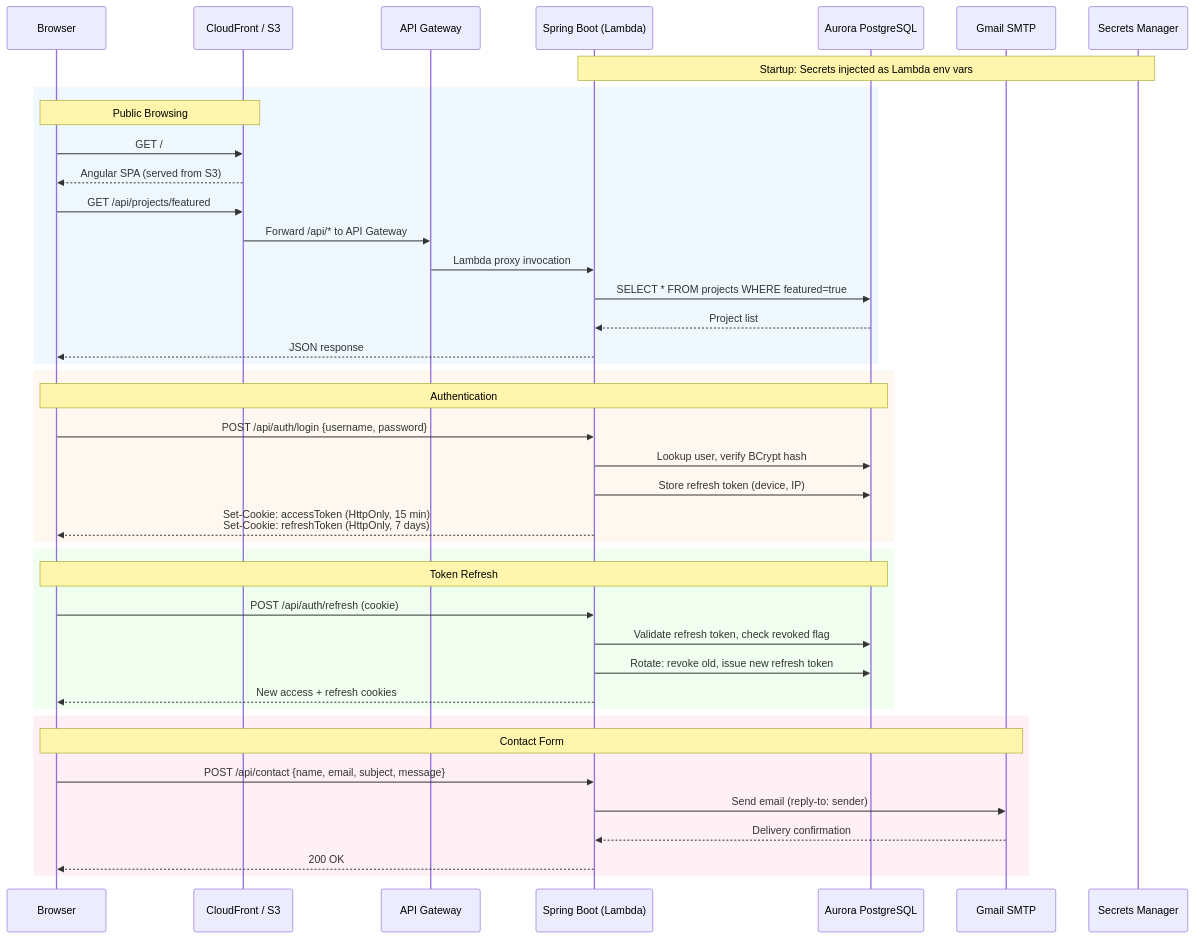
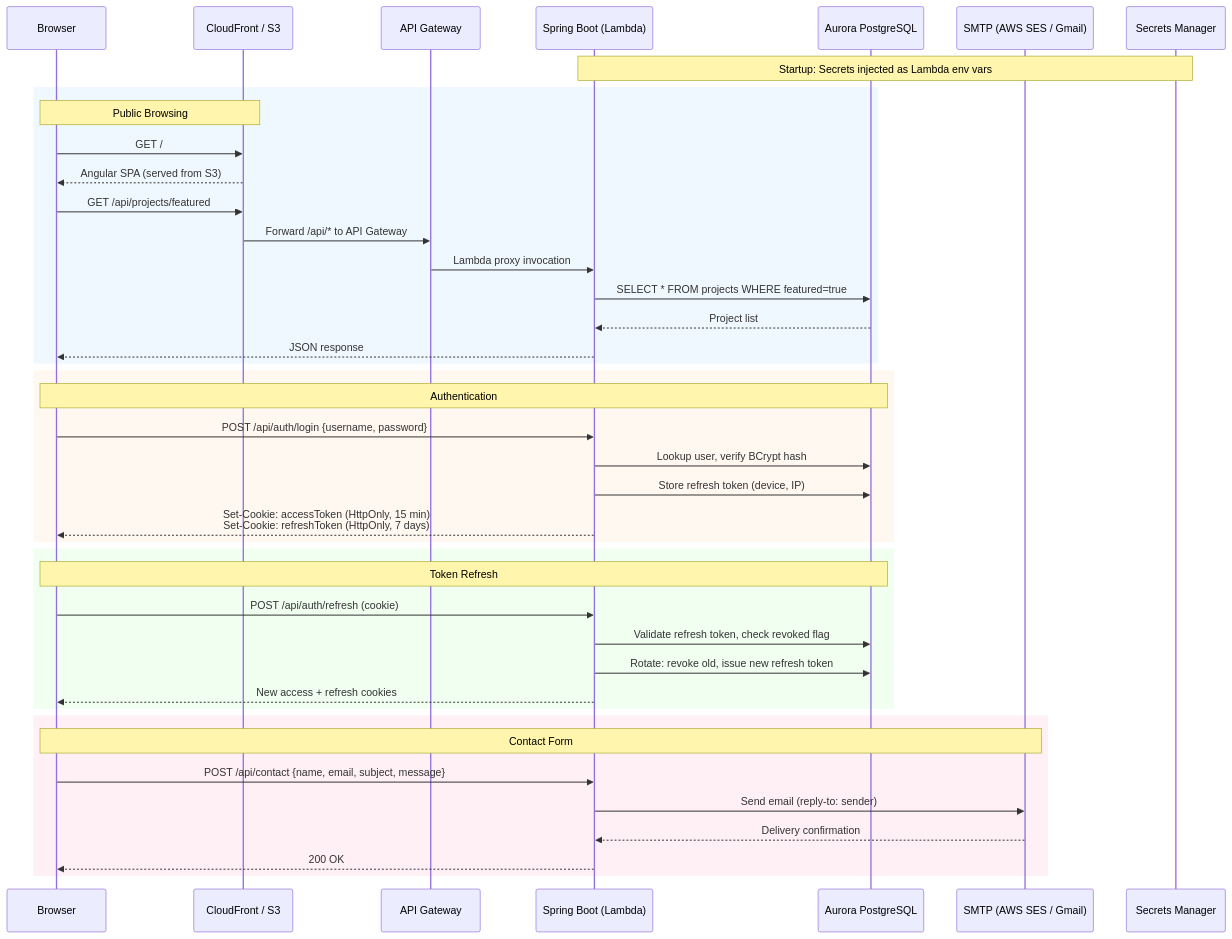
Before and after one commit to clark22134/MyPortfolioWebsite: the third of 16 diagrams in docs/ARCHITECTURE.md, drawn with Mermaid. The commit also changed other lines of this file and 25 other files, not shown here.

````diff
--- a/docs/ARCHITECTURE.md
+++ b/docs/ARCHITECTURE.md
@@ -115,48 +115,48 @@
 ```mermaid
 sequenceDiagram
     participant B as Browser
     participant CF as CloudFront / S3
     participant APIGW as API Gateway
     participant API as Spring Boot (Lambda)
     participant DB as Aurora PostgreSQL
-    participant SMTP as Gmail SMTP
+    participant SMTP as SMTP (AWS SES / Gmail)
     participant SM as Secrets Manager
 
     Note over SM,API: Startup: Secrets injected as Lambda env vars
 
     rect rgb(240, 248, 255)
         Note over B,CF: Public Browsing
         B->>CF: GET /
         CF-->>B: Angular SPA (served from S3)
         B->>CF: GET /api/projects/featured
         CF->>APIGW: Forward /api/* to API Gateway
         APIGW->>API: Lambda proxy invocation
         API->>DB: SELECT * FROM projects WHERE featured=true
         DB-->>API: Project list
         API-->>B: JSON response
     end
 
     rect rgb(255, 248, 240)
         Note over B,DB: Authentication
         B->>API: POST /api/auth/login {username, password}
         API->>DB: Lookup user, verify BCrypt hash
         API->>DB: Store refresh token (device, IP)
         API-->>B: Set-Cookie: accessToken (HttpOnly, 15 min)<br/>Set-Cookie: refreshToken (HttpOnly, 7 days)
     end
 
     rect rgb(240, 255, 240)
         Note over B,DB: Token Refresh
         B->>API: POST /api/auth/refresh (cookie)
         API->>DB: Validate refresh token, check revoked flag
         API->>DB: Rotate: revoke old, issue new refresh token
         API-->>B: New access + refresh cookies
     end
 
     rect rgb(255, 240, 245)
         Note over B,SMTP: Contact Form
         B->>API: POST /api/contact {name, email, subject, message}
         API->>SMTP: Send email (reply-to: sender)
         SMTP-->>API: Delivery confirmation
         API-->>B: 200 OK
     end
 ```
````
